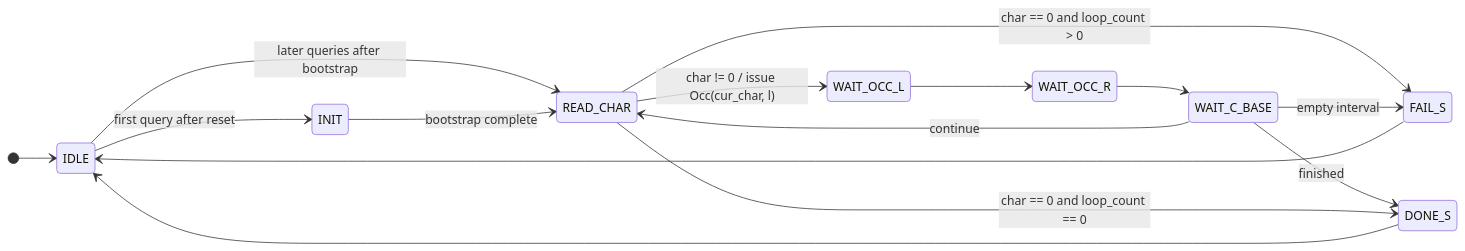
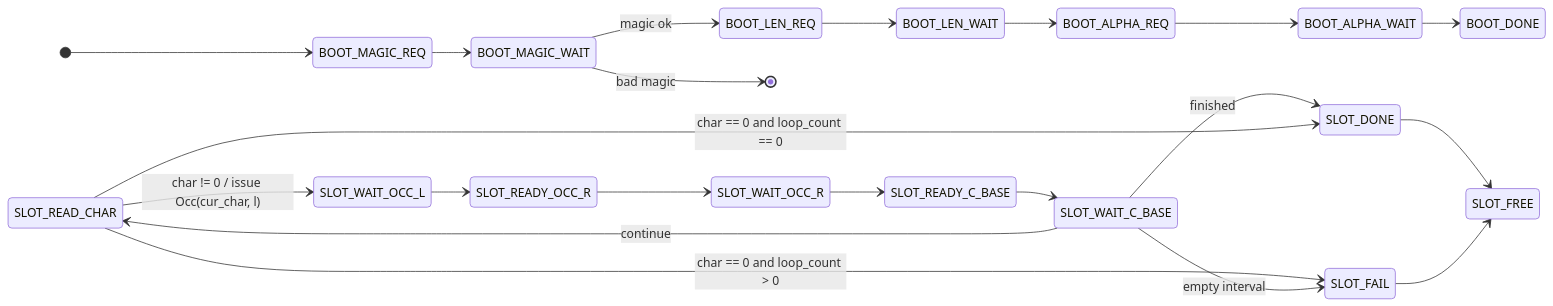
The first of 2 diagrams in docs/FM_Index.md (UAlberta-ECE-492-W2026/sands), drawn with Mermaid before and after one commit. The commit also changed other lines of this file, not shown here.

````diff
--- a/docs/FM_Index.md
+++ b/docs/FM_Index.md
@@ -44,22 +49,28 @@
 ```mermaid
 stateDiagram-v2
     direction LR
 
-    [*] --> IDLE
+    [*] --> BOOT_MAGIC_REQ
 
-    IDLE --> INIT: first query after reset
-    IDLE --> READ_CHAR: later queries after bootstrap
-    INIT --> READ_CHAR: bootstrap complete
-    READ_CHAR --> FAIL_S: char == 0 and loop_count > 0
-    READ_CHAR --> WAIT_OCC_L: char != 0 / issue Occ(cur_char, l)
+    BOOT_MAGIC_REQ --> BOOT_MAGIC_WAIT
+    BOOT_MAGIC_WAIT --> BOOT_LEN_REQ: magic ok
+    BOOT_MAGIC_WAIT --> [*]: bad magic
+    BOOT_LEN_REQ --> BOOT_LEN_WAIT
+    BOOT_LEN_WAIT --> BOOT_ALPHA_REQ
+    BOOT_ALPHA_REQ --> BOOT_ALPHA_WAIT
+    BOOT_ALPHA_WAIT --> BOOT_DONE
 
-    WAIT_OCC_L --> WAIT_OCC_R
-    WAIT_OCC_R --> WAIT_C_BASE
-    WAIT_C_BASE --> READ_CHAR: continue
-    WAIT_C_BASE --> DONE_S: finished
-    WAIT_C_BASE --> FAIL_S: empty interval
-    READ_CHAR --> DONE_S: char == 0 and loop_count == 0
+    SLOT_READ_CHAR --> SLOT_FAIL: char == 0 and loop_count > 0
+    SLOT_READ_CHAR --> SLOT_WAIT_OCC_L: char != 0 / issue Occ(cur_char, l)
+    SLOT_WAIT_OCC_L --> SLOT_READY_OCC_R
+    SLOT_READY_OCC_R --> SLOT_WAIT_OCC_R
+    SLOT_WAIT_OCC_R --> SLOT_READY_C_BASE
+    SLOT_READY_C_BASE --> SLOT_WAIT_C_BASE
+    SLOT_WAIT_C_BASE --> SLOT_READ_CHAR: continue
+    SLOT_WAIT_C_BASE --> SLOT_DONE: finished
+    SLOT_WAIT_C_BASE --> SLOT_FAIL: empty interval
+    SLOT_READ_CHAR --> SLOT_DONE: char == 0 and loop_count == 0
 
-    DONE_S --> IDLE
-    FAIL_S --> IDLE
+    SLOT_DONE --> SLOT_FREE
+    SLOT_FAIL --> SLOT_FREE
 ```
````
